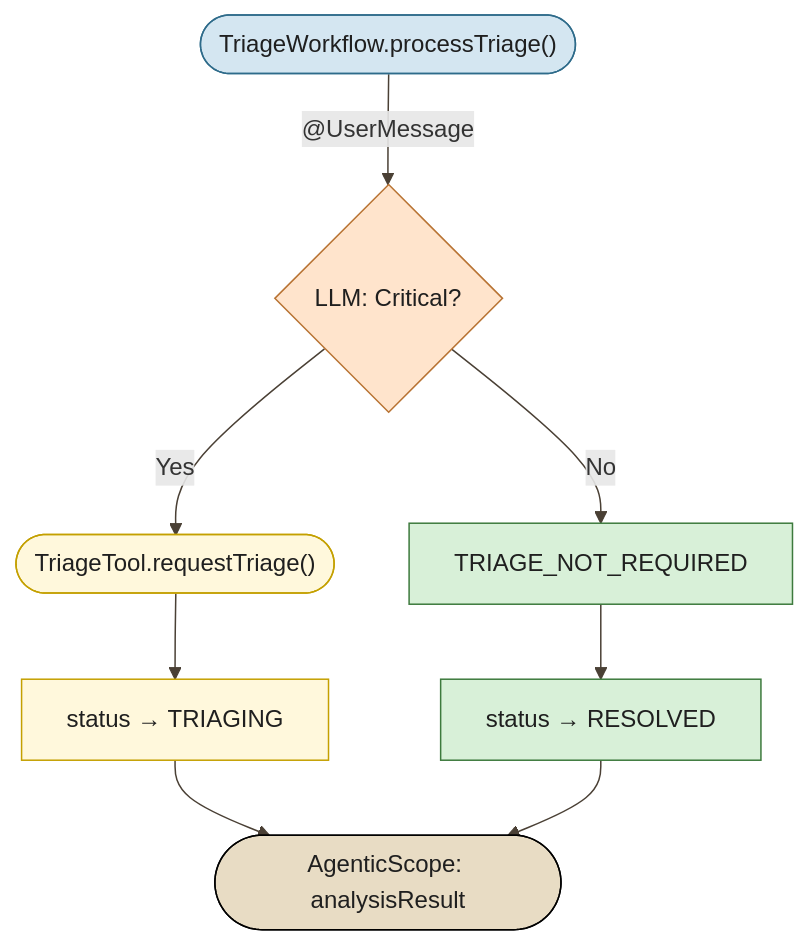
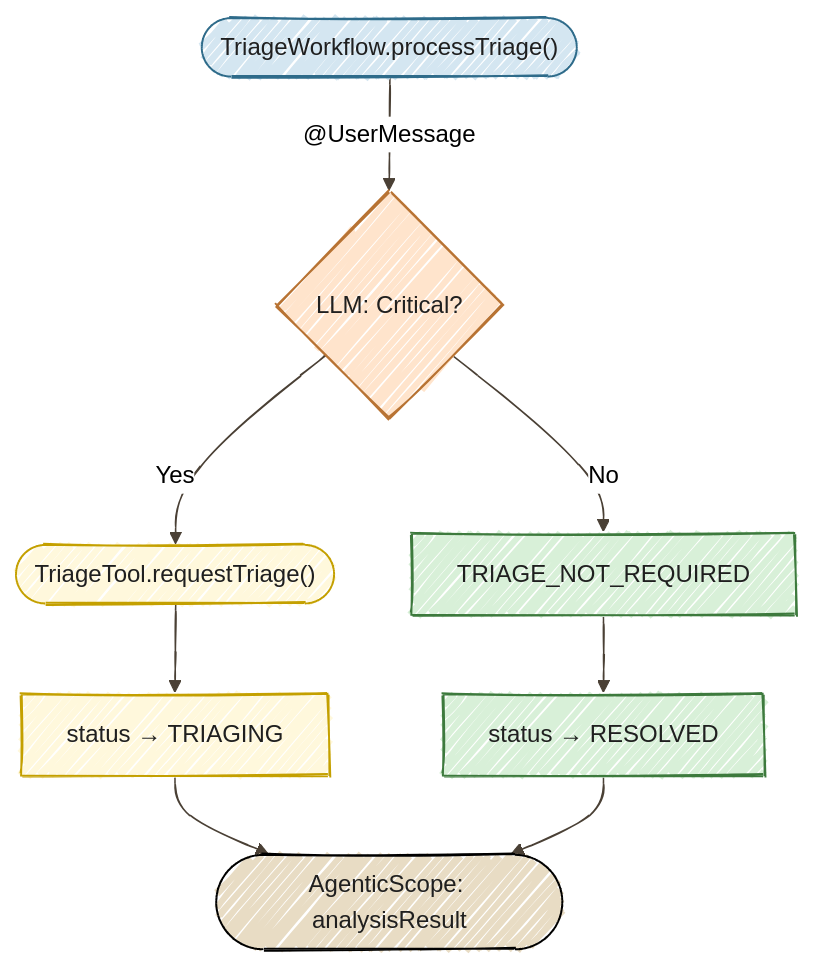
Before and after one commit to danieloh30/agentic-ai-java-workshop: the diagram in docs/01-first-agent/START_HERE.md, drawn with Mermaid. The commit also changed 2 other files, not shown here.

Commit message:
Keep hand-drawn Mermaid outlines with readable solid fills

````diff
--- a/docs/01-first-agent/START_HERE.md
+++ b/docs/01-first-agent/START_HERE.md
@@ -162,23 +162,23 @@
 ```mermaid
-%%{init: {'look':'classic','theme':'Forest','themeVariables': {'lineColor':'#4A4035'}}}%%
+%%{init: {'look':'handDrawn','theme':'neutral','themeVariables': {'lineColor':'#4A4035'}}}%%
 flowchart TD
     A(["TriageWorkflow.processTriage()"])
     B{"LLM: Critical?"}
     C(["TriageTool.requestTriage()"])
     D["status → TRIAGING"]
     E["TRIAGE_NOT_REQUIRED"]
     F["status → RESOLVED"]
     G(["AgenticScope: analysisResult"])
 
     A -->|"@UserMessage"| B
     B -->|Yes| C --> D --> G
     B -->|No| E --> F --> G
 
     style A fill:#D4E6F1,stroke:#2E6B8A,color:#1F1F1F
     style B fill:#FFE4CC,stroke:#B87333,color:#1F1F1F
     style C fill:#FFF8DC,stroke:#C4A000,color:#1F1F1F
     style D fill:#FFF8DC,stroke:#C4A000,color:#1F1F1F
     style E fill:#D8F0D8,stroke:#3D7A3D,color:#1F1F1F
     style F fill:#D8F0D8,stroke:#3D7A3D,color:#1F1F1F
     style G fill:#E8DCC4,stroke:#000000,color:#1F1F1F
 ```
````
